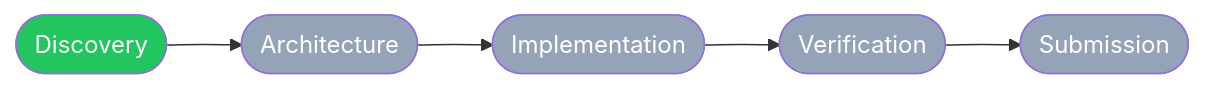
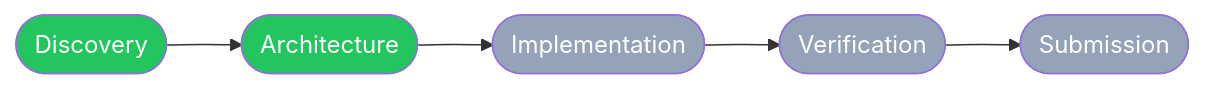
The first of 4 diagrams in AGENTS.md (virgenherrera/Ballast-Lane-code_challenge), drawn with Mermaid before and after one commit. The commit also changed other lines of this file and 12 other files, not shown here.

````diff
--- a/AGENTS.md
+++ b/AGENTS.md
@@ -27,14 +27,14 @@
 ```mermaid
 %% Project lifecycle — each phase gates the next
 flowchart LR
     A([Discovery]) --> B([Architecture])
     B --> C([Implementation])
     C --> D([Verification])
     D --> E([Submission])
 
     style A fill:#22c55e,color:#fff
-    style B fill:#94a3b8,color:#fff
+    style B fill:#22c55e,color:#fff
     style C fill:#94a3b8,color:#fff
     style D fill:#94a3b8,color:#fff
     style E fill:#94a3b8,color:#fff
 ```
````
